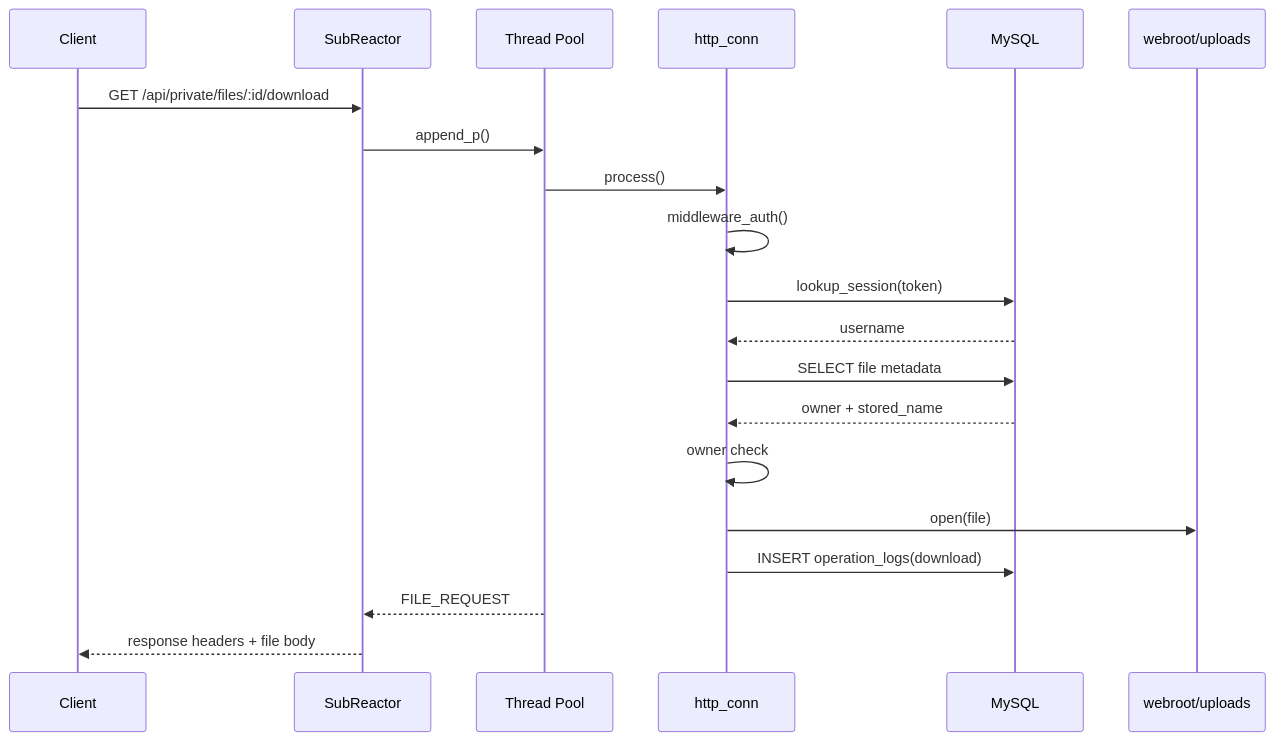
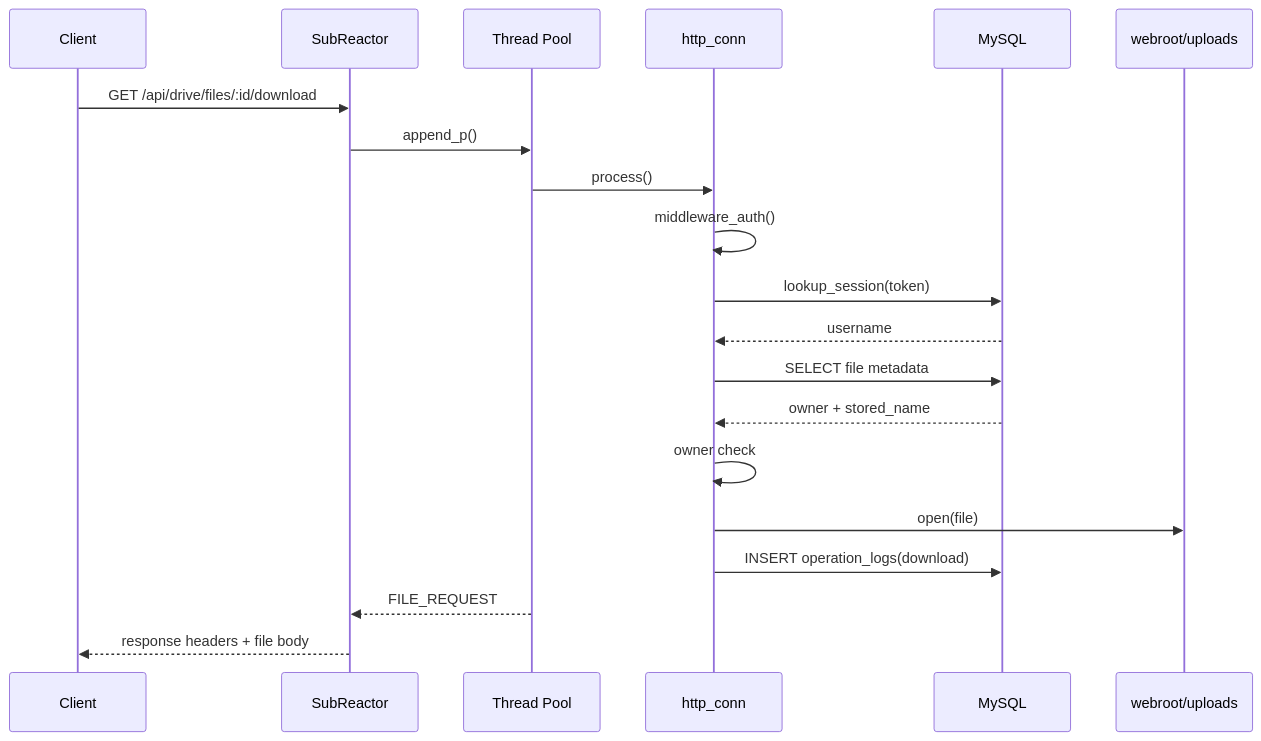
One commit to wjg12345678/High-performance-gateway changed the fourth of 5 diagrams in docs/request-sequence.md. Above: the diagram before and after it, drawn with Mermaid. The commit also changed other lines of this file and 132 other files, not shown here.

````diff
--- a/docs/request-sequence.md
+++ b/docs/request-sequence.md
@@ -87,23 +87,23 @@
 ```mermaid
 sequenceDiagram
     participant C as Client
     participant SR as SubReactor
     participant TP as Thread Pool
     participant HC as http_conn
     participant DB as MySQL
     participant FS as webroot/uploads
 
-    C->>SR: GET /api/private/files/:id/download
+    C->>SR: GET /api/drive/files/:id/download
     SR->>TP: append_p()
     TP->>HC: process()
     HC->>HC: middleware_auth()
     HC->>DB: lookup_session(token)
     DB-->>HC: username
     HC->>DB: SELECT file metadata
     DB-->>HC: owner + stored_name
     HC->>HC: owner check
     HC->>FS: open(file)
     HC->>DB: INSERT operation_logs(download)
     TP-->>SR: FILE_REQUEST
     SR-->>C: response headers + file body
 ```
````
